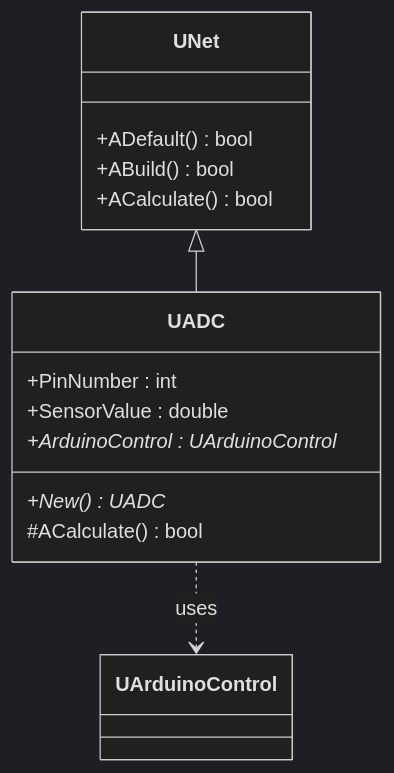
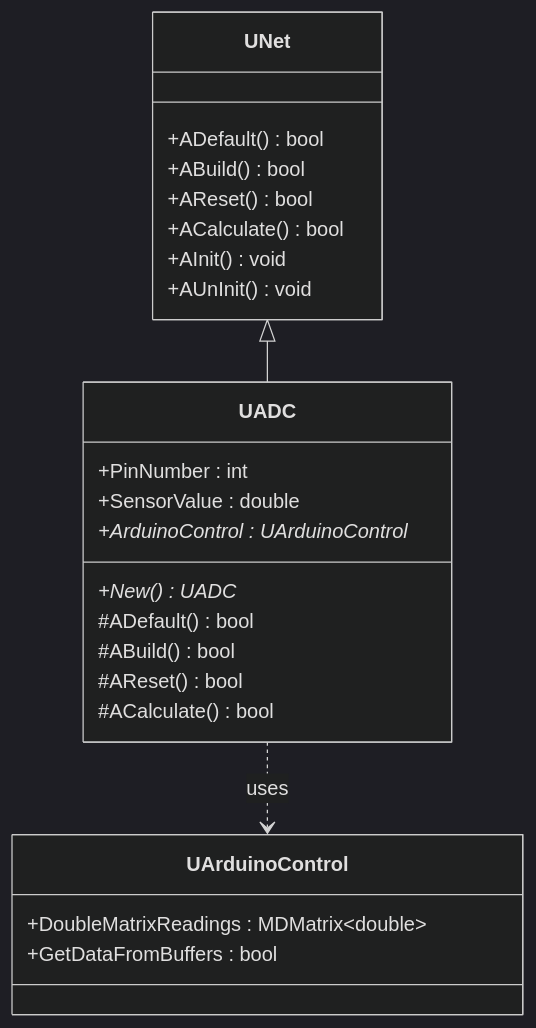
Before and after one commit to aicommunity/Rdk-HardwareLib: the sixth of 10 diagrams in Docs/Legacy/ADC.md, drawn with Mermaid (dark theme). The commit also changed other lines of this file and 4 other files, not shown here.

First line of the commit message:
docs(hardware): complete bilingual EN quality: mermaid sync, full translations, zero cyrillic in EN

````diff
--- a/Docs/Legacy/ADC.md
+++ b/Docs/Legacy/ADC.md
@@ -495,17 +495,27 @@
 ```mermaid
 classDiagram
     UNet <|-- UADC
     UADC ..> UArduinoControl : uses
     class UNet {
         +ADefault() bool
         +ABuild() bool
+        +AReset() bool
         +ACalculate() bool
+        +AInit() void
+        +AUnInit() void
     }
     class UADC {
         +PinNumber : int
         +SensorValue : double
         +ArduinoControl : UArduinoControl*
         +New() UADC*
+        #ADefault() bool
+        #ABuild() bool
+        #AReset() bool
         #ACalculate() bool
     }
+    class UArduinoControl {
+        +DoubleMatrixReadings : MDMatrix~double~
+        +GetDataFromBuffers : bool
+    }
 ```
````
